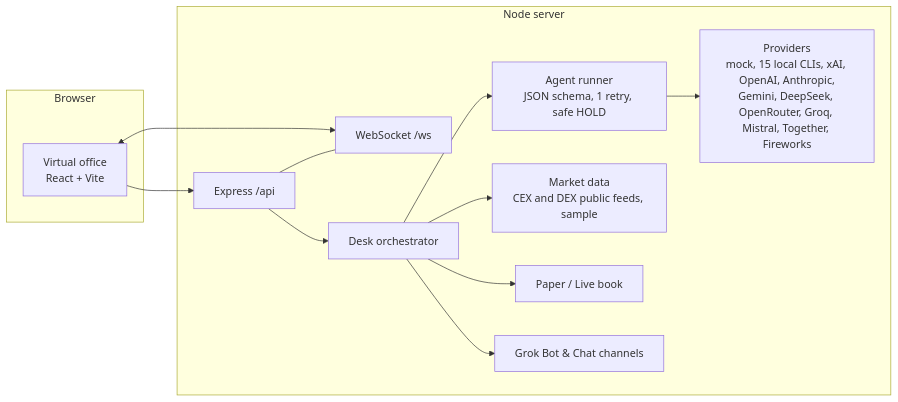
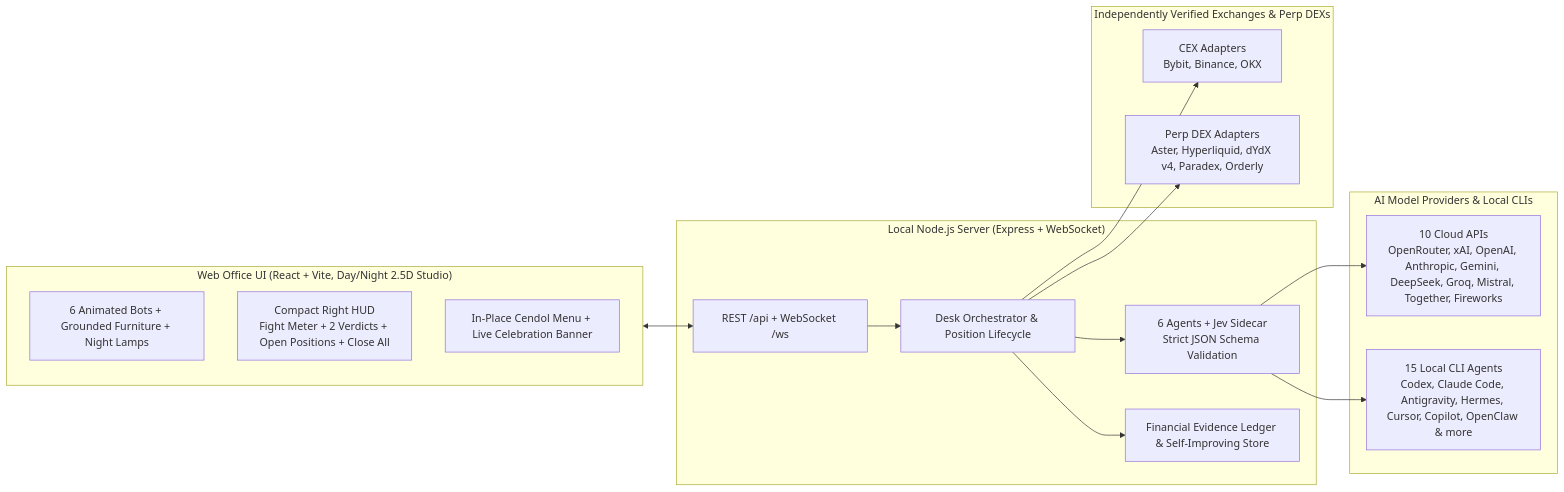
One commit to aabrur/trading-agent-mpu-gandring changed the second of 2 diagrams in README.md. Above: the diagram before and after it, drawn with Mermaid. The commit also changed other lines of this file and 17 other files, not shown here.

Commit message:
feat(release): v0.0.0.3.29 - in-place Cendol menu, real-time desk celebration, independent multi-venue verification, and sanitized profit ledger

````diff
--- a/README.md
+++ b/README.md
@@ -290,17 +333,34 @@
 ```mermaid
 flowchart LR
-    subgraph Browser
-      UI["Virtual office<br/>React + Vite"]
+    subgraph Client["Web Office UI (React + Vite, Day/Night 2.5D Studio)"]
+      Room["6 Animated Bots + Grounded Furniture + Night Lamps"]
+      HUD["Compact Right HUD<br/>Fight Meter + 2 Verdicts + Open Positions + Close All"]
+      Cendol["In-Place Cendol Menu + Live Celebration Banner"]
     end
-    subgraph Server["Node server"]
-      API["Express /api"] --- WS["WebSocket /ws"]
-      API --> Desk["Desk orchestrator"]
-      Desk --> Agents["Agent runner<br/>JSON schema, 1 retry, safe HOLD"]
-      Agents --> Prov["Providers<br/>mock, 15 local CLIs, xAI, OpenAI, Anthropic,<br/>Gemini, DeepSeek, OpenRouter, Groq, Mistral, Together, Fireworks"]
-      Desk --> Mkt["Market data<br/>CEX and DEX public feeds, sample"]
-      Desk --> Book["Paper / Live book"]
-      Desk --> Bridge["Grok Bot & Chat channels"]
+
+    subgraph Backend["Local Node.js Server (Express + WebSocket)"]
+      API["REST /api + WebSocket /ws"]
+      Desk["Desk Orchestrator & Position Lifecycle"]
+      Runner["6 Agents + Jev Sidecar<br/>Strict JSON Schema Validation"]
+      Ledger["Financial Evidence Ledger & Self-Improving Store"]
     end
-    UI <--> WS
-    UI --> API
+
+    subgraph Brains["AI Model Providers & Local CLIs"]
+      Cloud["10 Cloud APIs<br/>OpenRouter, xAI, OpenAI, Anthropic, Gemini, DeepSeek, Groq, Mistral, Together, Fireworks"]
+      LocalCLI["15 Local CLI Agents<br/>Codex, Claude Code, Antigravity, Hermes, Cursor, Copilot, OpenClaw & more"]
+    end
+
+    subgraph Venues["Independently Verified Exchanges & Perp DEXs"]
+      CEX["CEX Adapters<br/>Bybit, Binance, OKX"]
+      DEX["Perp DEX Adapters<br/>Aster, Hyperliquid, dYdX v4, Paradex, Orderly"]
+    end
+
+    Client <--> API
+    API --> Desk
+    Desk --> Runner
+    Runner --> Cloud
+    Runner --> LocalCLI
+    Desk --> CEX
+    Desk --> DEX
+    Desk --> Ledger
 ```
````
